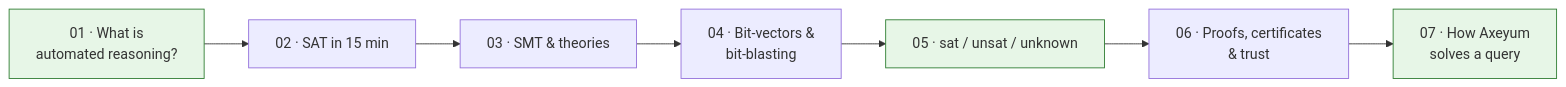
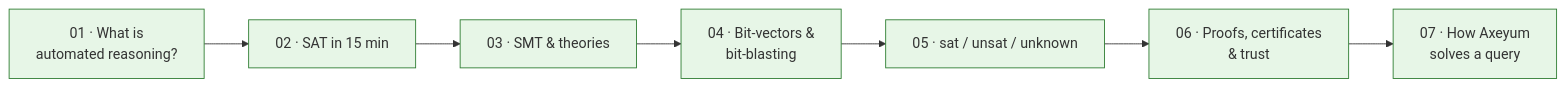
Before and after one commit to mjbommar/axeyum: the diagram in docs/learn/README.md, drawn with Mermaid. The commit also changed other lines of this file and 14 other files, not shown here.

````diff
--- a/docs/learn/README.md
+++ b/docs/learn/README.md
@@ -9,11 +9,11 @@
 ```mermaid
 flowchart LR
     A["01 · What is<br/>automated reasoning?"] --> B["02 · SAT in 15 min"]
     B --> C["03 · SMT &amp; theories"]
     C --> D["04 · Bit-vectors &amp;<br/>bit-blasting"]
     D --> E["05 · sat / unsat / unknown"]
     E --> F["06 · Proofs, certificates<br/>&amp; trust"]
     F --> G["07 · How Axeyum<br/>solves a query"]
     classDef done fill:#e7f6e7,stroke:#2e7d32;
-    class A,E,G done;
+    class A,B,C,D,E,F,G done;
 ```
````
